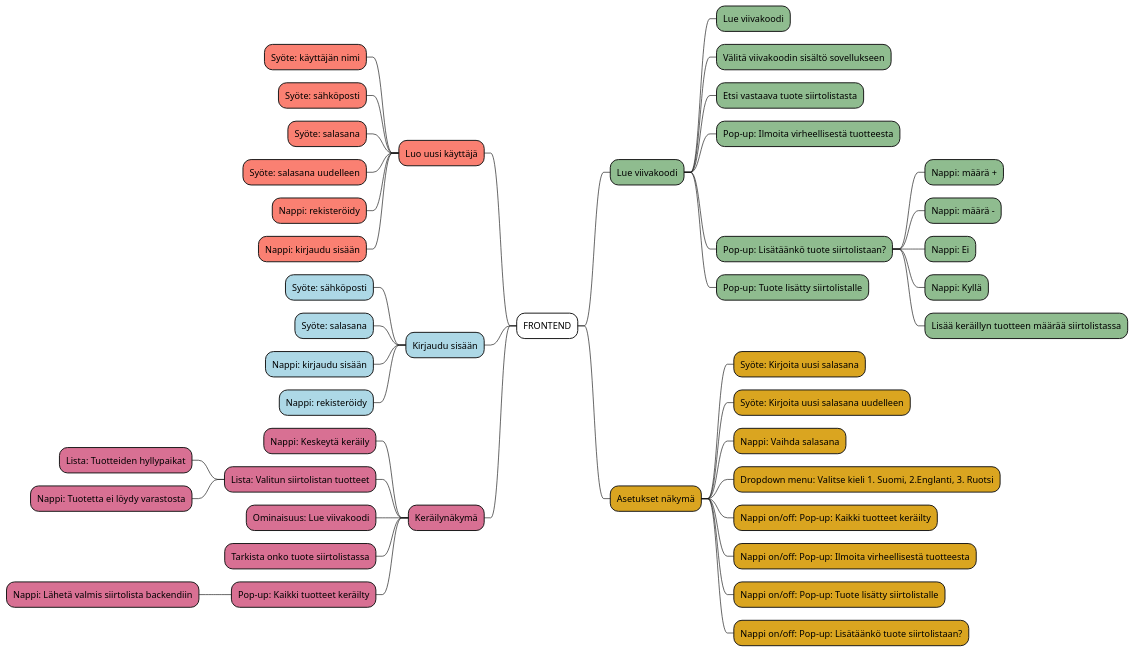
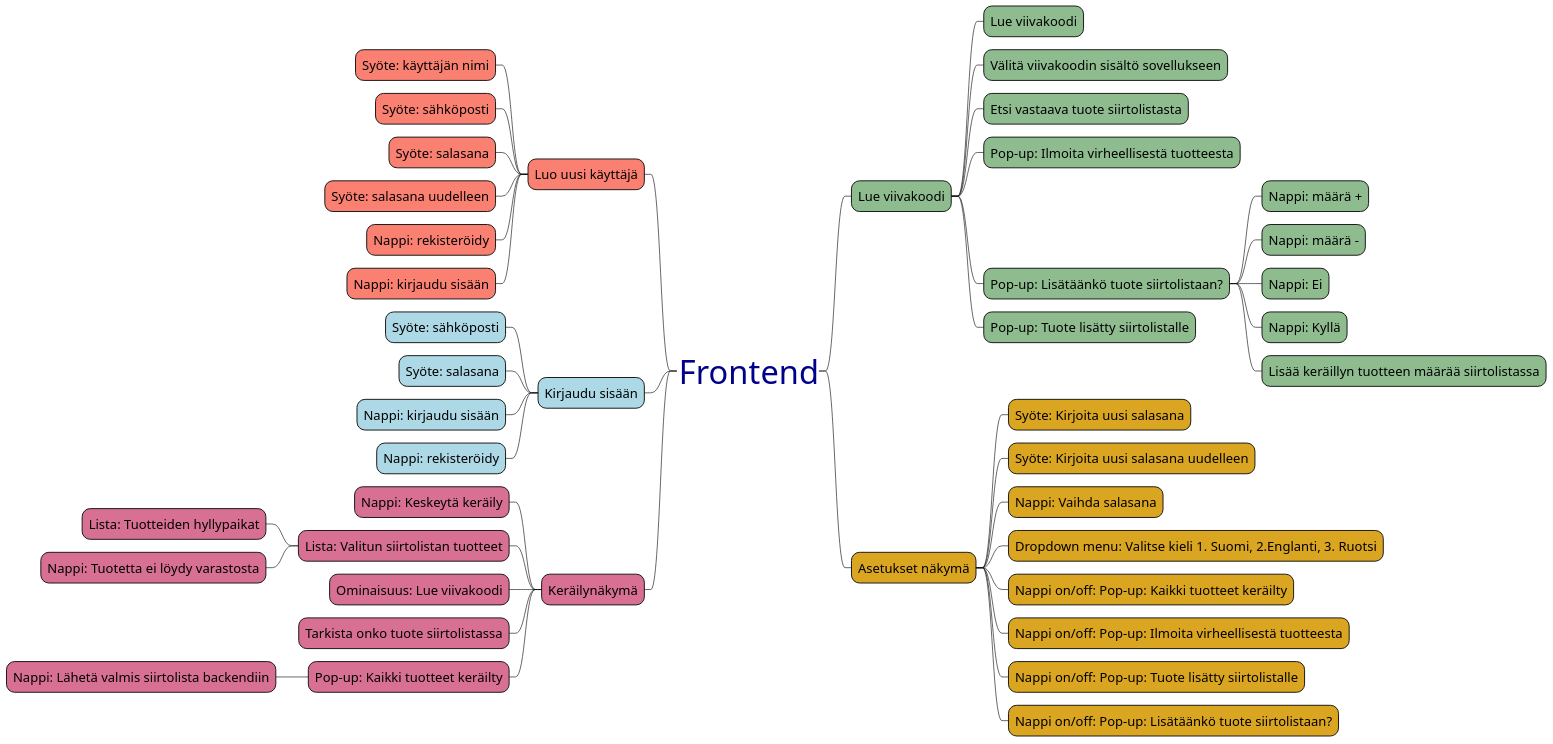
The third of 4 diagrams in requirements/vaatimusmaarittely.md (Pipe80/Varastonhallintasovellus), drawn with PlantUML before and after one commit. The commit also changed other lines of this file, not shown here.

Commit message:
Changed FONTEND / BACKEND => Frontend / Backend. Gave some style parameters to Frontend and Backend.

````diff
--- a/requirements/vaatimusmaarittely.md
+++ b/requirements/vaatimusmaarittely.md
@@ -186,47 +186,63 @@
 ```plantuml
 @startmindmap
-+[#White] FRONTEND
+<style>
+mindmapDiagram {
+  node {
+    FontColor darkblue
+    FontSize 50    
+  }
+}
+</style>
++_ Frontend
+<style>
+mindmapDiagram {
+  node {
+    FontColor black
+    FontSize 20
+  }
+}
+</style>
 --[#Salmon] Luo uusi käyttäjä
 ---[#Salmon] Syöte: käyttäjän nimi
 ---[#Salmon] Syöte: sähköposti
 ---[#Salmon] Syöte: salasana
 ---[#Salmon] Syöte: salasana uudelleen
 ---[#Salmon] Nappi: rekisteröidy
 ---[#Salmon] Nappi: kirjaudu sisään
 --[#LightBlue] Kirjaudu sisään
 ---[#LightBlue] Syöte: sähköposti
 ---[#LightBlue] Syöte: salasana
 ---[#LightBlue] Nappi: kirjaudu sisään
 ---[#LightBlue] Nappi: rekisteröidy
 --[#PaleVioletRed] Keräilynäkymä
 ---[#PaleVioletRed] Nappi: Keskeytä keräily
 ---[#PaleVioletRed] Lista: Valitun siirtolistan tuotteet
 ----[#PaleVioletRed] Lista: Tuotteiden hyllypaikat
 ----[#PaleVioletRed] Nappi: Tuotetta ei löydy varastosta
 ---[#PaleVioletRed] Ominaisuus: Lue viivakoodi
 ---[#PaleVioletRed] Tarkista onko tuote siirtolistassa
 ---[#PaleVioletRed] Pop-up: Kaikki tuotteet keräilty
 ----[#PaleVioletRed] Nappi: Lähetä valmis siirtolista backendiin
 ++[#DarkSeaGreen] Lue viivakoodi
 +++[#DarkSeaGreen] Lue viivakoodi
 +++[#DarkSeaGreen] Välitä viivakoodin sisältö sovellukseen
 +++[#DarkSeaGreen] Etsi vastaava tuote siirtolistasta
 +++[#DarkSeaGreen] Pop-up: Ilmoita virheellisestä tuotteesta
 +++[#DarkSeaGreen] Pop-up: Lisätäänkö tuote siirtolistaan?
 ++++[#DarkSeaGreen] Nappi: määrä +
 ++++[#DarkSeaGreen] Nappi: määrä -
 ++++[#DarkSeaGreen] Nappi: Ei
 ++++[#DarkSeaGreen] Nappi: Kyllä
 ++++[#DarkSeaGreen] Lisää keräillyn tuotteen määrää siirtolistassa
 +++[#DarkSeaGreen] Pop-up: Tuote lisätty siirtolistalle
 ++[#GoldenRod] Asetukset näkymä
 +++[#GoldenRod] Syöte: Kirjoita uusi salasana
 +++[#GoldenRod] Syöte: Kirjoita uusi salasana uudelleen
 +++[#GoldenRod] Nappi: Vaihda salasana
 +++[#GoldenRod] Dropdown menu: Valitse kieli 1. Suomi, 2.Englanti, 3. Ruotsi
 +++[#GoldenRod] Nappi on/off: Pop-up: Kaikki tuotteet keräilty
 +++[#GoldenRod] Nappi on/off: Pop-up: Ilmoita virheellisestä tuotteesta
 +++[#GoldenRod] Nappi on/off: Pop-up: Tuote lisätty siirtolistalle
 +++[#GoldenRod] Nappi on/off: Pop-up: Lisätäänkö tuote siirtolistaan?
 @endmindmap
 ```
````
